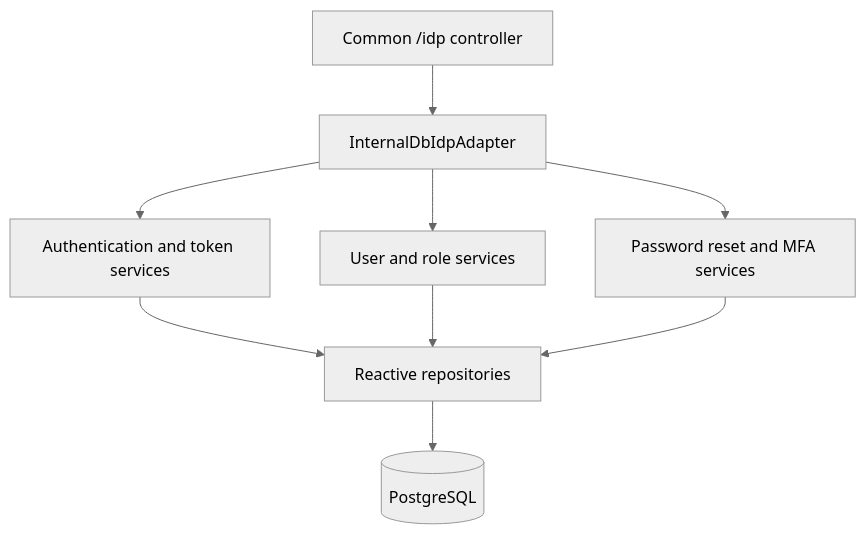
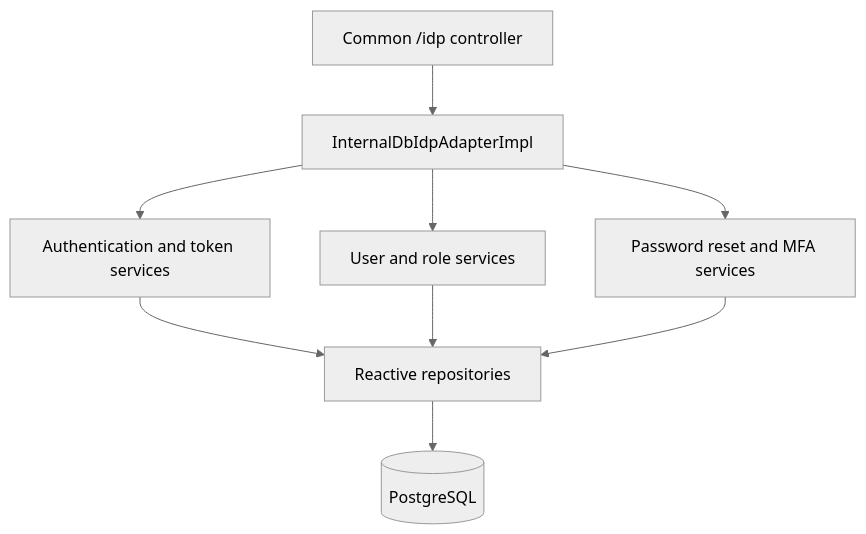
Before and after one commit to fireflyframework/fireflyframework-jafly: the diagram in modules/security-idp-internal-db/docs/technical-details.md, drawn with Mermaid (neutral theme). The commit also changed 1166 other files, not shown here.

````diff
--- a/modules/security-idp-internal-db/docs/technical-details.md
+++ b/modules/security-idp-internal-db/docs/technical-details.md
@@ -7,11 +7,11 @@
 ```mermaid
 flowchart TD
-    Web[Common /idp controller] --> Adapter[InternalDbIdpAdapter]
+    Web[Common /idp controller] --> Adapter[InternalDbIdpAdapterImpl]
     Adapter --> Auth[Authentication and token services]
     Adapter --> Users[User and role services]
     Adapter --> Recovery[Password reset and MFA services]
     Auth --> Repositories[Reactive repositories]
     Users --> Repositories
     Recovery --> Repositories
     Repositories --> Database[(PostgreSQL)]
 ```
````
